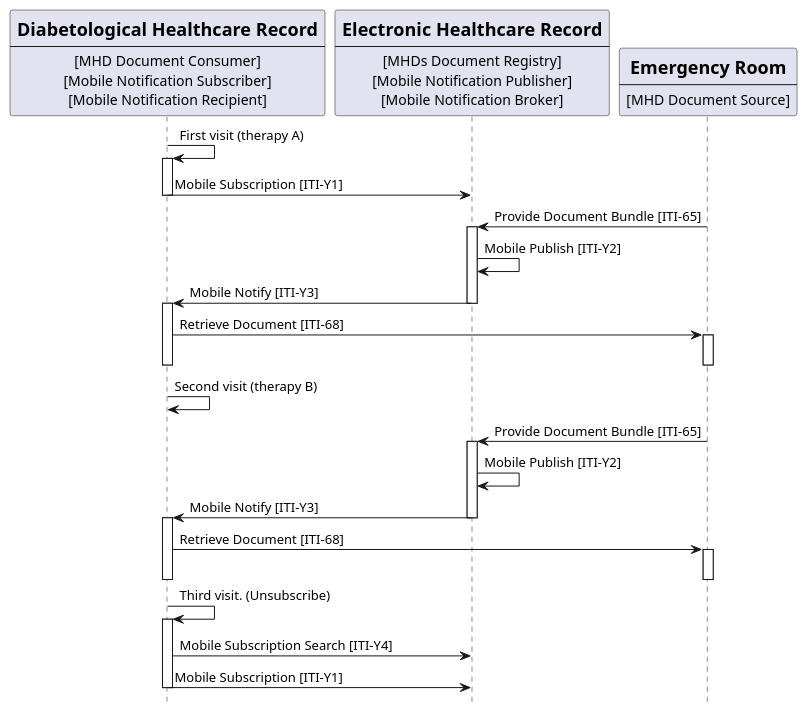
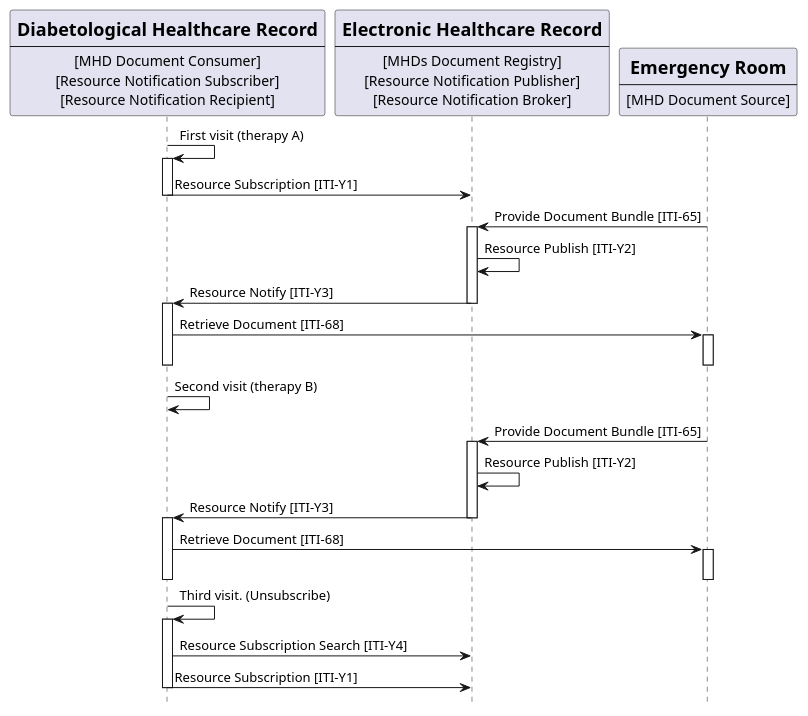
Before and after one commit to IHE/ITI.DSUBm: the diagram in input/images-source/usecase2-processflow.plantuml, drawn with PlantUML. The commit also changed 9 other files, not shown here.

```diff
--- a/input/images-source/usecase2-processflow.plantuml
+++ b/input/images-source/usecase2-processflow.plantuml
@@ -1,70 +1,70 @@
 @startuml
 skinparam svgDimensionStyle false
 hide footbox
 /'title "Folder Subscription with DSUBm on MHDs infrastructure" '/
 
 participant DHR [
     = Diabetological Healthcare Record
     ----
     [MHD Document Consumer]
-    [Mobile Notification Subscriber]
-    [Mobile Notification Recipient]
+    [Resource Notification Subscriber]
+    [Resource Notification Recipient]
 ] 
 
 
 
 participant Central [
     =Electronic Healthcare Record
     ----
     [MHDs Document Registry]
-    [Mobile Notification Publisher]
-    [Mobile Notification Broker]
+    [Resource Notification Publisher]
+    [Resource Notification Broker]
 ] 
 
 participant ER [
     =Emergency Room
     ----
     [MHD Document Source]
 ] 
 
 
 
 
 DHR -> DHR: First visit (therapy A)
 activate DHR
-DHR -> Central:  Mobile Subscription [ITI-Y1]
+DHR -> Central:  Resource Subscription [ITI-Y1]
 deactivate DHR
 
 ER->Central:  Provide Document Bundle [ITI-65]
 activate Central 
-Central -> Central: Mobile Publish [ITI-Y2]
-Central -> DHR: Mobile Notify [ITI-Y3]
+Central -> Central: Resource Publish [ITI-Y2]
+Central -> DHR: Resource Notify [ITI-Y3]
 deactivate Central
 activate DHR
 
 DHR -> ER: Retrieve Document [ITI-68]
 activate ER
 deactivate ER
 deactivate DHR 
 
 DHR -> DHR: Second visit (therapy B)
 
 ER->Central:  Provide Document Bundle [ITI-65]
 activate Central 
-Central -> Central: Mobile Publish [ITI-Y2]
-Central -> DHR: Mobile Notify [ITI-Y3]
+Central -> Central: Resource Publish [ITI-Y2]
+Central -> DHR: Resource Notify [ITI-Y3]
 deactivate Central
 activate DHR
 
 DHR -> ER: Retrieve Document [ITI-68]
 activate ER
 deactivate ER
 deactivate DHR 
 
 DHR -> DHR: Third visit. (Unsubscribe)
 activate DHR
-DHR -> Central: Mobile Subscription Search [ITI-Y4]
-DHR -> Central: Mobile Subscription [ITI-Y1]	
+DHR -> Central: Resource Subscription Search [ITI-Y4]
+DHR -> Central: Resource Subscription [ITI-Y1]	
 deactivate DHR
 
 @enduml
```
